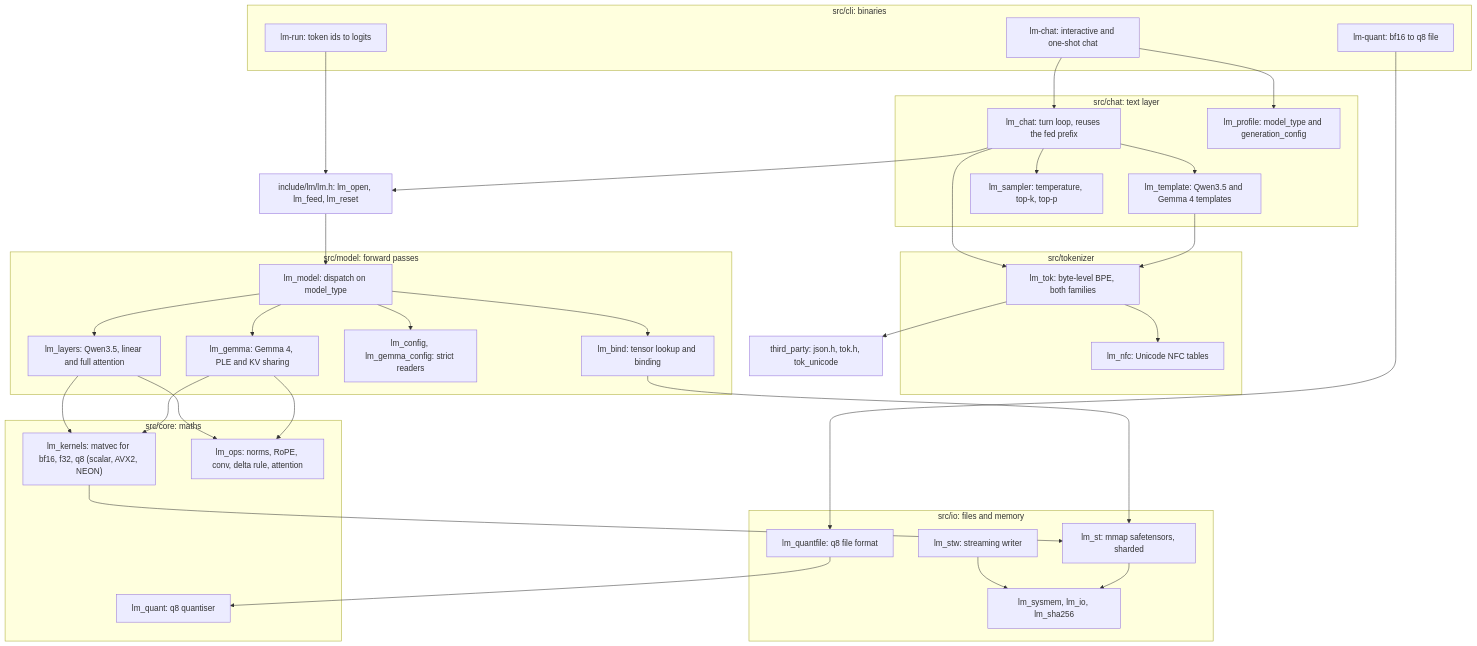
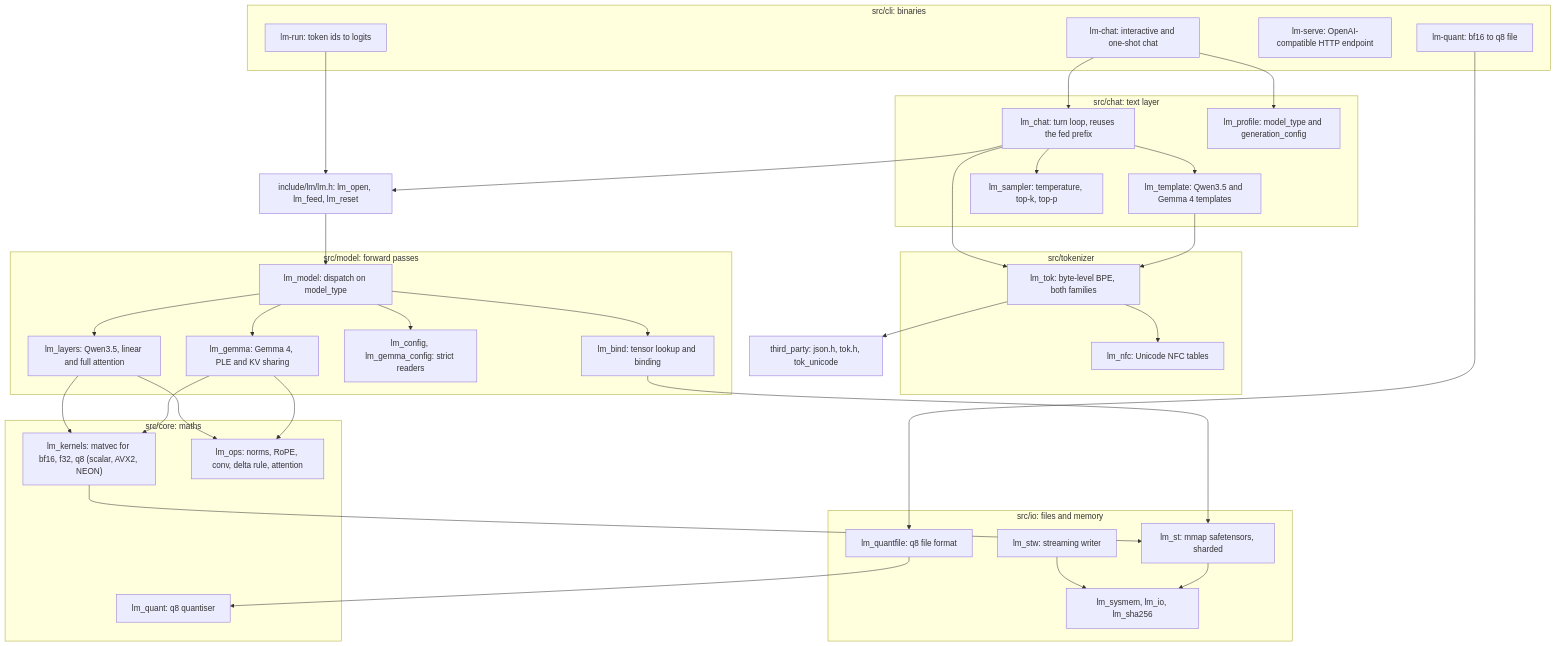
The second of 4 diagrams in README.md (marcfs31/kevin-ai), drawn with Mermaid before and after one commit. The commit also changed other lines of this file and 9 other files, not shown here.

First line of the commit message:
feat: add lm-serve, an OpenAI-compatible HTTP endpoint

````diff
--- a/README.md
+++ b/README.md
@@ -335,71 +335,72 @@
 ```mermaid
 flowchart TD
   subgraph CLI["src/cli: binaries"]
     run["lm-run: token ids to logits"]
     chat["lm-chat: interactive and one-shot chat"]
+    serve["lm-serve: OpenAI-compatible HTTP endpoint"]
     quant["lm-quant: bf16 to q8 file"]
   end
 
   subgraph CHAT["src/chat: text layer"]
     lchat["lm_chat: turn loop, reuses the fed prefix"]
     tmpl["lm_template: Qwen3.5 and Gemma 4 templates"]
     prof["lm_profile: model_type and generation_config"]
     samp["lm_sampler: temperature, top-k, top-p"]
   end
 
   subgraph TOK["src/tokenizer"]
     tok["lm_tok: byte-level BPE, both families"]
     nfc["lm_nfc: Unicode NFC tables"]
   end
 
   api["include/lm/lm.h: lm_open, lm_feed, lm_reset"]
 
   subgraph MODEL["src/model: forward passes"]
     model["lm_model: dispatch on model_type"]
     layers["lm_layers: Qwen3.5, linear and full attention"]
     gemma["lm_gemma: Gemma 4, PLE and KV sharing"]
     cfg["lm_config, lm_gemma_config: strict readers"]
     bind["lm_bind: tensor lookup and binding"]
   end
 
   subgraph CORE["src/core: maths"]
     kern["lm_kernels: matvec for bf16, f32, q8 (scalar, AVX2, NEON)"]
     ops["lm_ops: norms, RoPE, conv, delta rule, attention"]
     qt["lm_quant: q8 quantiser"]
   end
 
   subgraph IO["src/io: files and memory"]
     st["lm_st: mmap safetensors, sharded"]
     stw["lm_stw: streaming writer"]
     qf["lm_quantfile: q8 file format"]
     misc["lm_sysmem, lm_io, lm_sha256"]
   end
 
   tpi["third_party: json.h, tok.h, tok_unicode"]
 
   run --> api
   chat --> lchat
   chat --> prof
   quant --> qf
   lchat --> tmpl
   lchat --> samp
   lchat --> tok
   lchat --> api
   tmpl --> tok
   tok --> nfc
   tok --> tpi
   api --> model
   model --> cfg
   model --> bind
   model --> layers
   model --> gemma
   layers --> kern
   layers --> ops
   gemma --> kern
   gemma --> ops
   bind --> st
   kern --> st
   qf --> qt
   stw --> misc
   st --> misc
 ```
````
